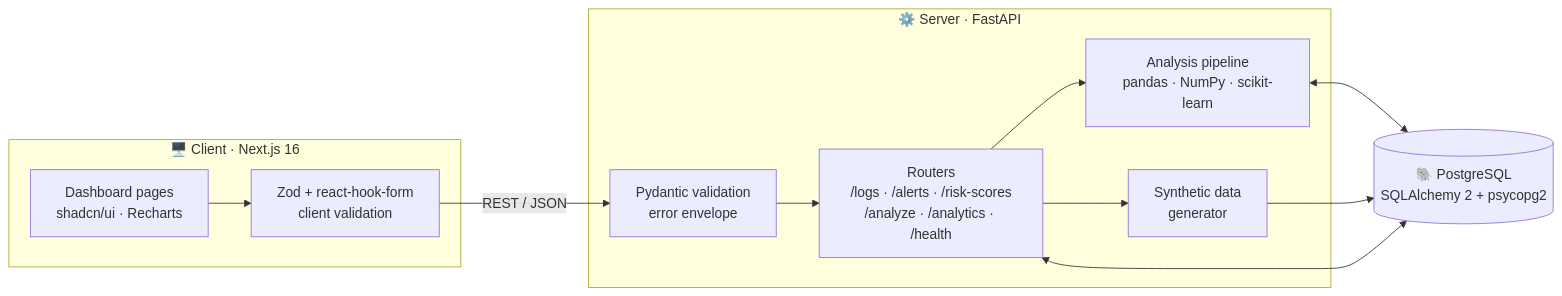
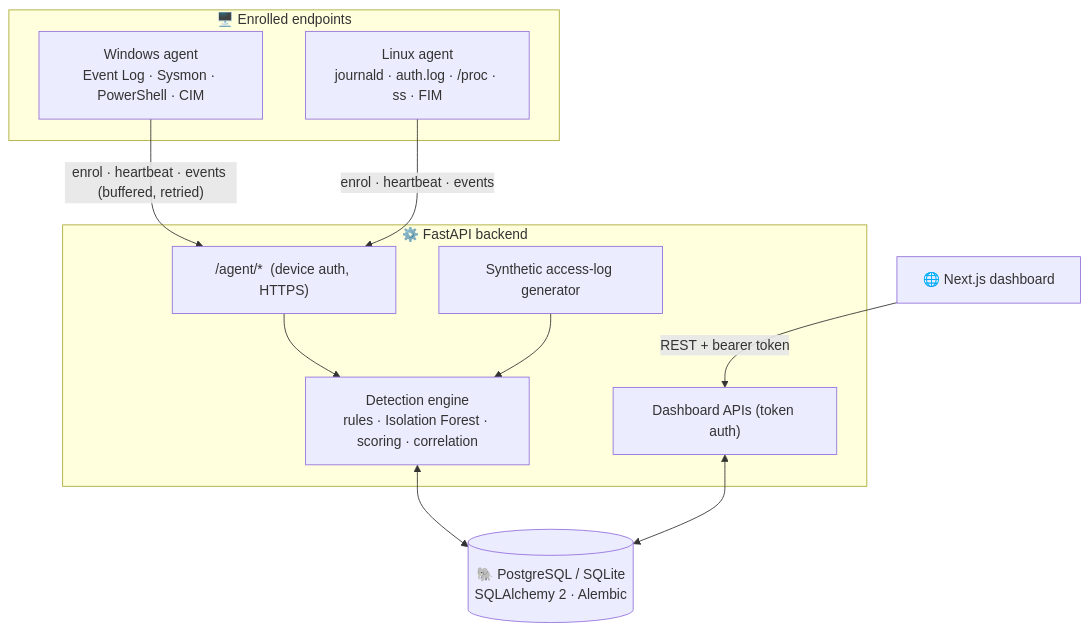
The diagram in README.md (pvtltdpratik/lognexa), drawn with Mermaid before and after one commit. The commit also changed other lines of this file and 78 other files, not shown here.

````diff
--- a/README.md
+++ b/README.md
@@ -105,21 +78,23 @@
 ```mermaid
-flowchart LR
-    subgraph Client["🖥️ Client · Next.js 16"]
-        UI["Dashboard pages<br/>shadcn/ui · Recharts"]
-        ZOD["Zod + react-hook-form<br/>client validation"]
+flowchart TB
+    subgraph Endpoints["🖥️ Enrolled endpoints"]
+        WA["Windows agent<br/>Event Log · Sysmon · PowerShell · CIM"]
+        LA["Linux agent<br/>journald · auth.log · /proc · ss · FIM"]
     end
-    subgraph Server["⚙️ Server · FastAPI"]
-        VAL["Pydantic validation<br/>error envelope"]
-        API["Routers<br/>/logs · /alerts · /risk-scores<br/>/analyze · /analytics · /health"]
-        PIPE["Analysis pipeline<br/>pandas · NumPy · scikit-learn"]
-        GEN["Synthetic data<br/>generator"]
+    subgraph Server["⚙️ FastAPI backend"]
+        AG["/agent/*  (device auth, HTTPS)"]
+        API["Dashboard APIs (token auth)"]
+        DET["Detection engine<br/>rules · Isolation Forest · scoring · correlation"]
+        GEN["Synthetic access-log generator"]
     end
-    DB[("🐘 PostgreSQL<br/>SQLAlchemy 2 + psycopg2")]
+    DB[("🐘 PostgreSQL / SQLite<br/>SQLAlchemy 2 · Alembic")]
+    UI["🌐 Next.js dashboard"]
 
-    UI --> ZOD -->|"REST / JSON"| VAL --> API
-    API --> PIPE
-    API --> GEN
-    PIPE <--> DB
-    GEN --> DB
+    WA -- "enrol · heartbeat · events (buffered, retried)" --> AG
+    LA -- "enrol · heartbeat · events" --> AG
+    AG --> DET
+    GEN --> DET
+    DET <--> DB
+    UI -- "REST + bearer token" --> API
     API <--> DB
 ```
````
